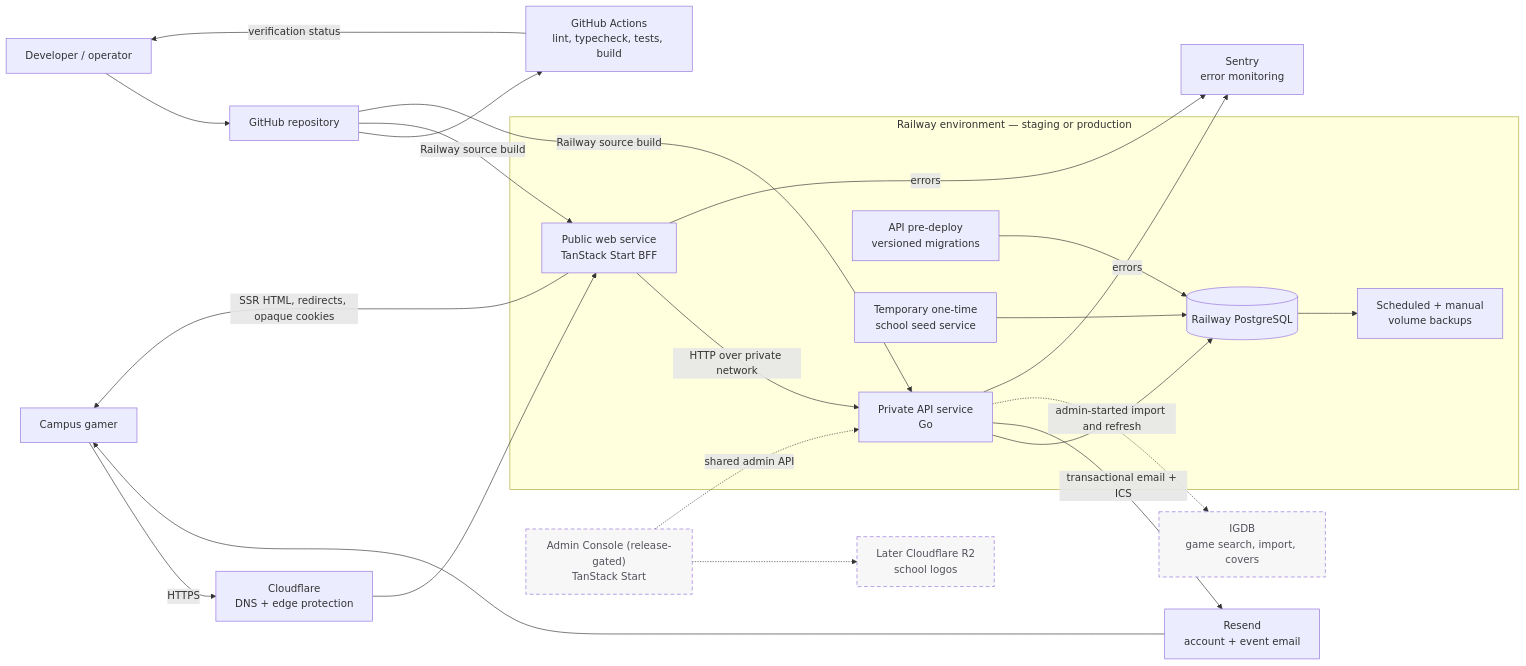
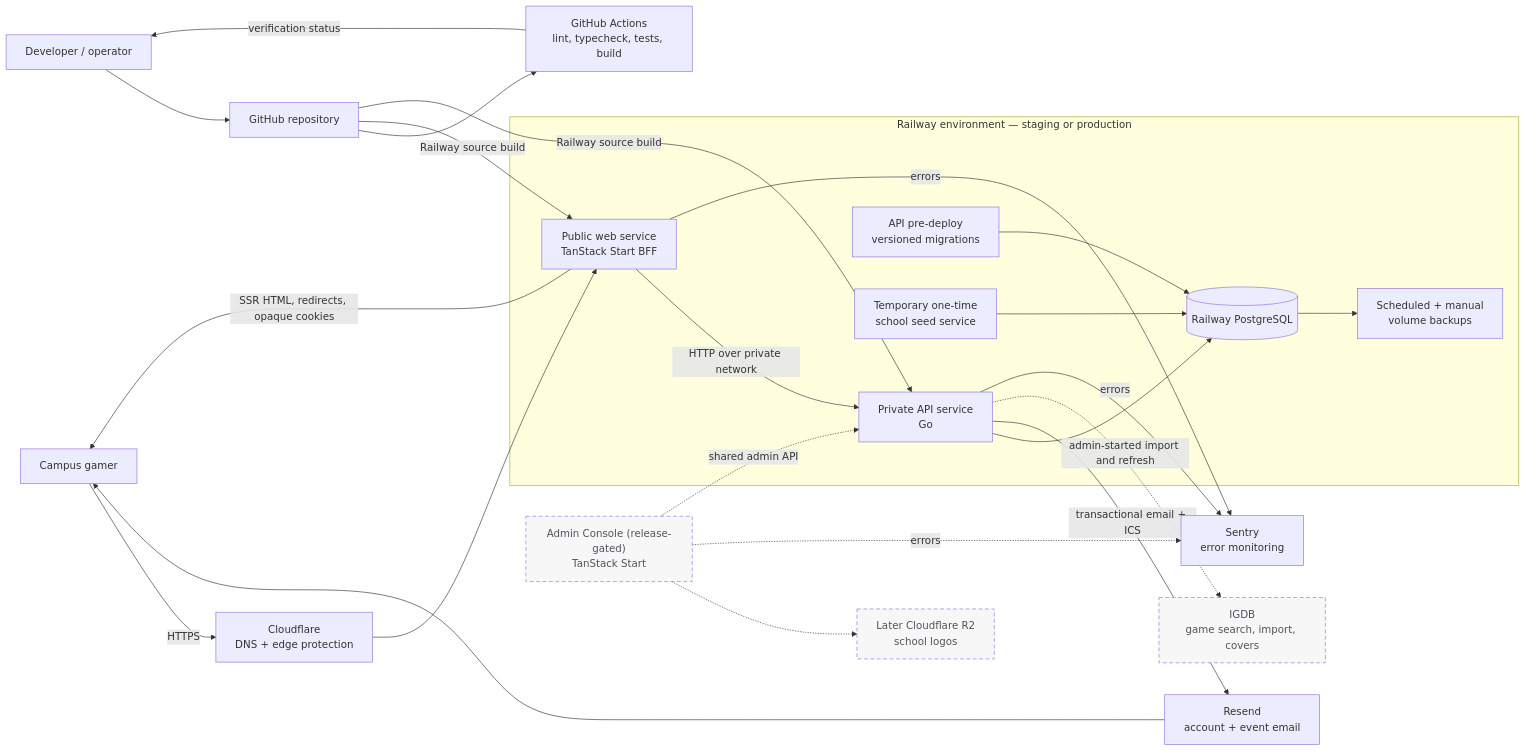
One commit to Campus-Gaming-Network/core changed the third of 3 diagrams in docs/14-architecture-diagrams.md. Above: the diagram before and after it, drawn with Mermaid. The commit also changed 24 other files, not shown here.

First line of the commit message:
feat(admin): report server and browser errors to Sentry

````diff
--- a/docs/14-architecture-diagrams.md
+++ b/docs/14-architecture-diagrams.md
@@ -140,48 +140,49 @@
 ```mermaid
 flowchart LR
     User["Campus gamer"]
     Operator["Developer / operator"]
     GitHub["GitHub repository"]
     CI["GitHub Actions<br/>lint, typecheck, tests, build"]
     Cloudflare["Cloudflare<br/>DNS + edge protection"]
     Resend["Resend<br/>account + event email"]
 
     subgraph Railway["Railway environment — staging or production"]
         Web["Public web service<br/>TanStack Start BFF"]
         API["Private API service<br/>Go"]
         Migrations["API pre-deploy<br/>versioned migrations"]
         Seed["Temporary one-time<br/>school seed service"]
         Database[("Railway PostgreSQL")]
         Backups["Scheduled + manual<br/>volume backups"]
 
         Web -->|"HTTP over private network"| API
         API --> Database
         Migrations --> Database
         Seed --> Database
         Database --> Backups
     end
 
     Admin["Admin Console (release-gated)<br/>TanStack Start"]
     R2["Later Cloudflare R2<br/>school logos"]
     IGDB["IGDB<br/>game search, import, covers"]
     Sentry["Sentry<br/>error monitoring"]
 
     User -->|"HTTPS"| Cloudflare --> Web
     Web -->|"SSR HTML, redirects, opaque cookies"| User
     API -->|"transactional email + ICS"| Resend --> User
 
     Operator --> GitHub
     GitHub --> CI
     CI -->|"verification status"| Operator
     GitHub -->|"Railway source build"| Web
     GitHub -->|"Railway source build"| API
 
     Admin -.->|"shared admin API"| API
     Admin -.-> R2
     API -.->|"admin-started import and refresh"| IGDB
     Web -->|"errors"| Sentry
     API -->|"errors"| Sentry
+    Admin -.->|"errors"| Sentry
 
     classDef deferred stroke-dasharray: 6 4,fill:#f7f7f8,color:#52525b;
     class Admin,R2,IGDB deferred;
 ```
````
